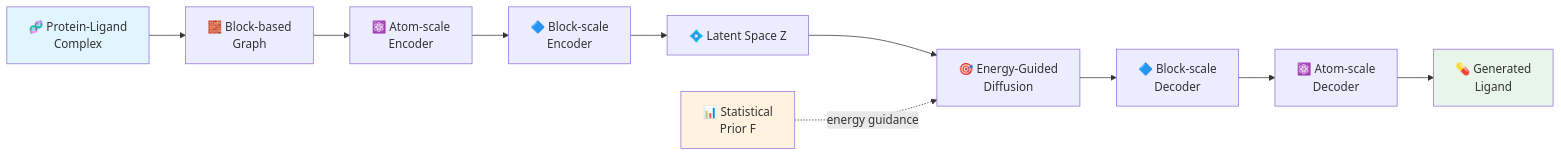
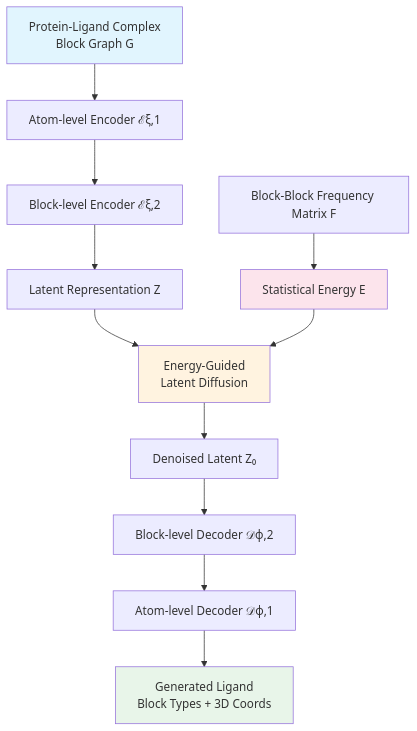
One commit to eightmm/eightmm.github.io changed the diagram in _posts/2026-02-19-speclig-energy-guided-ligand-design.md. Above: the diagram before and after it, drawn with Mermaid. The commit also changed other lines of this file, not shown here.

````diff
--- a/_posts/2026-02-19-speclig-energy-guided-ligand-design.md
+++ b/_posts/2026-02-19-speclig-energy-guided-ligand-design.md
@@ -62,17 +47,23 @@
 ```mermaid
-graph LR
-    A["🧬 Protein-Ligand<br/>Complex"] --> B["🧱 Block-based<br/>Graph"]
-    B --> C["⚛️ Atom-scale<br/>Encoder"]
-    C --> D["🔷 Block-scale<br/>Encoder"]
-    D --> E["💠 Latent Space Z"]
-    E --> F["🎯 Energy-Guided<br/>Diffusion"]
-    F --> G["🔷 Block-scale<br/>Decoder"]
-    G --> H["⚛️ Atom-scale<br/>Decoder"]
-    H --> I["💊 Generated<br/>Ligand"]
+graph TD
+    A[Protein-Ligand Complex<br/>Block Graph G] --> B[Atom-level Encoder ℰξ,1]
+    B --> C[Block-level Encoder ℰξ,2]
+    C --> D[Latent Representation Z]
     
-    J["📊 Statistical<br/>Prior F"] -.->|energy guidance| F
-
+    D --> E[Energy-Guided<br/>Latent Diffusion]
+    
+    F[Block-Block Frequency Matrix F] --> G[Statistical Energy E]
+    G --> E
+    
+    E --> H[Denoised Latent Z₀]
+    
+    H --> I[Block-level Decoder 𝒟ϕ,2]
+    I --> J[Atom-level Decoder 𝒟ϕ,1]
+    
+    J --> K[Generated Ligand<br/>Block Types + 3D Coords]
+    
     style A fill:#e1f5fe
-    style I fill:#e8f5e9
-    style J fill:#fff3e0
+    style K fill:#e8f5e9
+    style E fill:#fff3e0
+    style G fill:#fce4ec
 ```
````
